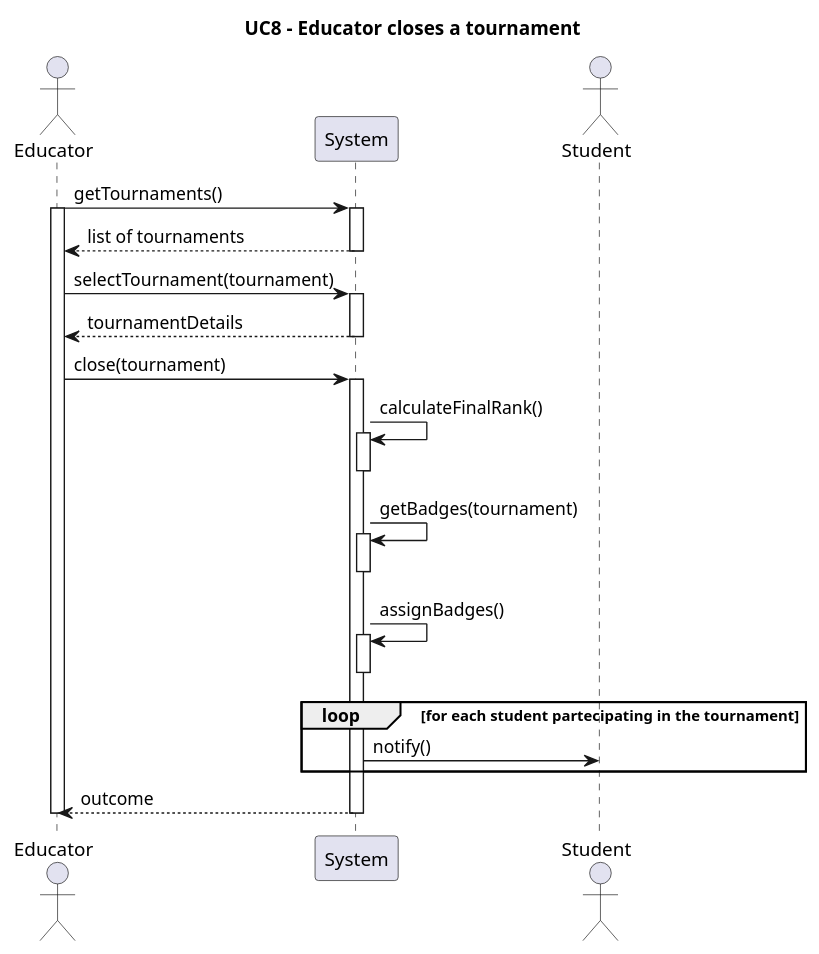
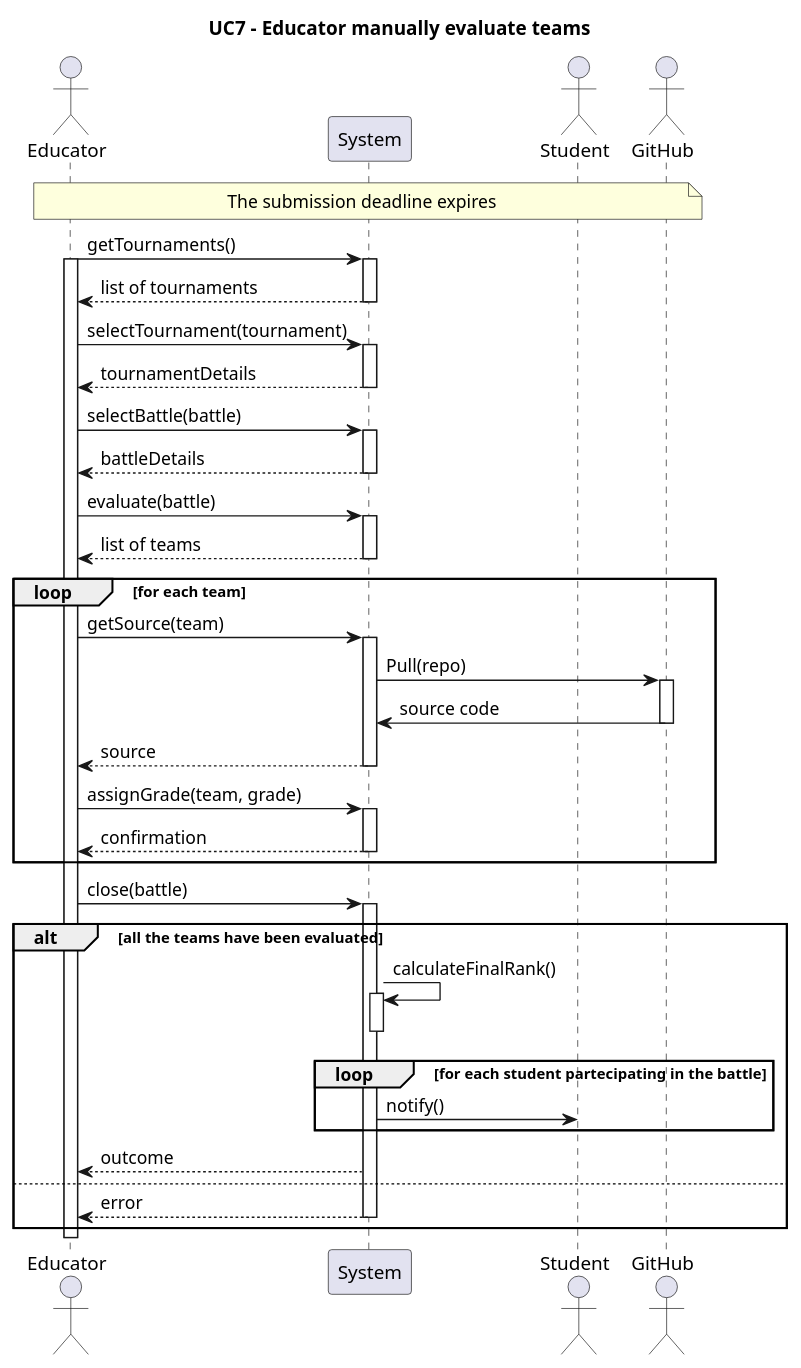
The diagram in rasd/puml/UC8.puml (Furrrlo/CodeKataBattle), drawn with PlantUML before and after one commit. The commit also changed 10 other files, not shown here.

```diff
--- a/rasd/puml/UC8.puml
+++ b/rasd/puml/UC8.puml
@@ -1,37 +1,59 @@
-@startuml UC8
-title UC8 - Educator closes a tournament   
+@startuml UC7
+title UC7 - Educator manually evaluate teams    
 actor Educator
 participant System
 actor Student
+actor GitHub
+
+note across: The submission deadline expires
 
 
 Educator -> System ++: getTournaments()
 activate Educator
 System --> Educator--: list of tournaments
 
 
 
 Educator -> System ++ : selectTournament(tournament)
 Educator <-- System -- : tournamentDetails
 
-Educator -> System ++ : close(tournament)
+Educator -> System ++ : selectBattle(battle)
+Educator <-- System -- : battleDetails
 
+Educator -> System ++ : evaluate(battle)
+Educator <-- System -- : list of teams
 
-System -> System ++ : calculateFinalRank()
-deactivate System
+loop for each team
+    Educator -> System ++ : getSource(team)
+    System -> GitHub ++: Pull(repo)
+    System <- GitHub --: source code
+    Educator <-- System -- : source
 
-System -> System ++ : getBadges(tournament)
-deactivate System
-
-System -> System ++ : assignBadges()
-deactivate System
-
-loop for each student partecipating in the tournament
-    System -> Student : notify()
-
+    Educator -> System ++ : assignGrade(team, grade)
+    Educator <-- System -- : confirmation
 end
 
 
-System --> Educator --: outcome
+
+
+Educator -> System ++ : close(battle)
+
+alt all the teams have been evaluated
+
+    System -> System ++ : calculateFinalRank()
+    deactivate System
+
+    loop for each student partecipating in the battle
+        System -> Student : notify()
+    end
+
+
+
+    Educator <-- System  : outcome
+else 
+Educator <-- System -- : error
+
+
+end
 deactivate Educator
 @enduml
```
